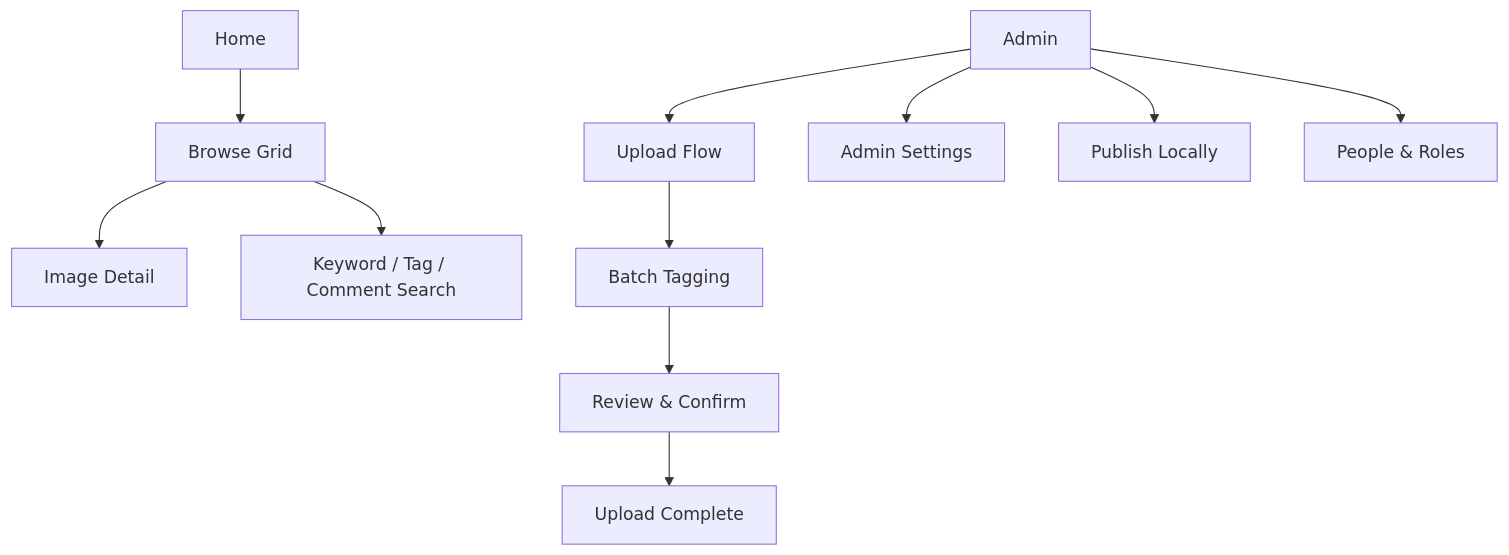
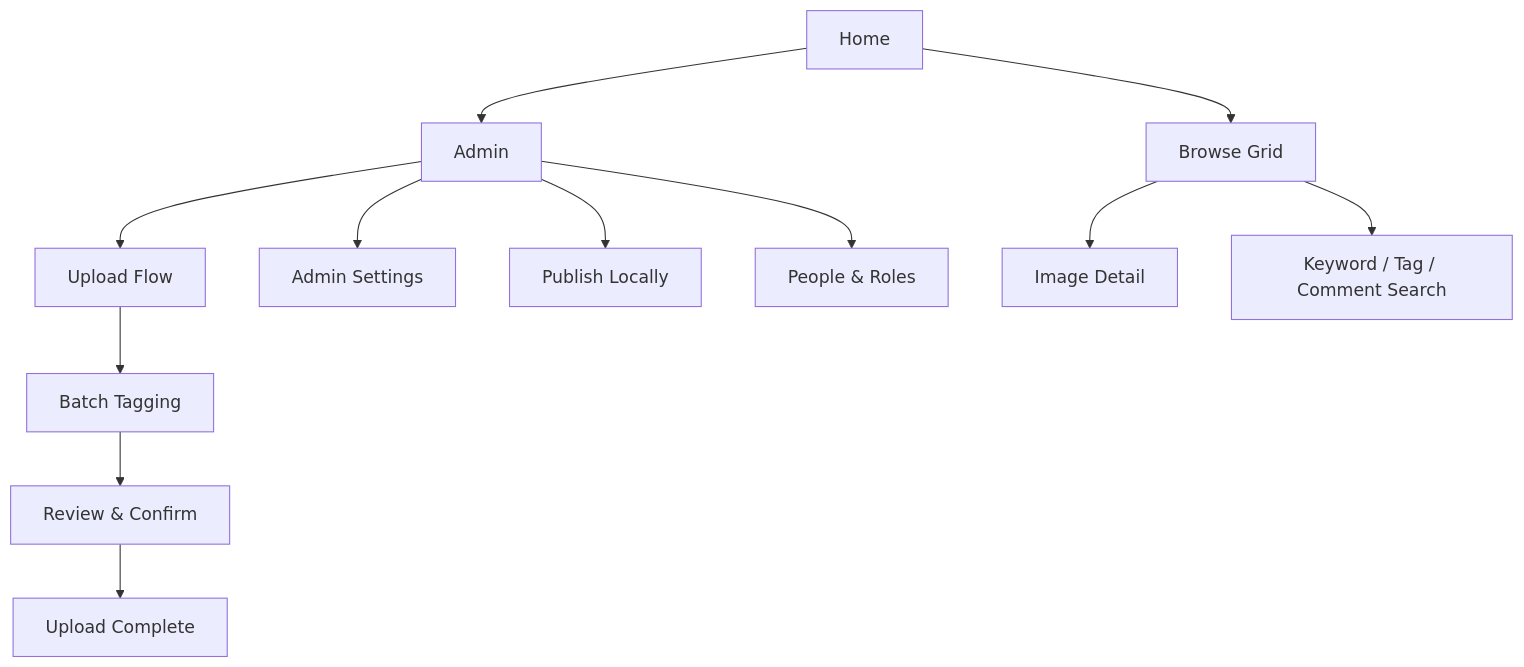
One commit to leahgarrett/image-management-system changed the first of 7 diagrams in docs/ui-flow.md. Above: the diagram before and after it, drawn with Mermaid.

Commit message:
fix: fixes my previous fix

````diff
--- a/docs/ui-flow.md
+++ b/docs/ui-flow.md
@@ -12,15 +12,16 @@
 ```mermaid
 flowchart TD
     Home[Home] --> Browse[Browse Grid]
+    Home --> Admin
     Admin --> Upload[Upload Flow]
     Admin --> Settings[Admin Settings<br/>]
     Admin --> Publish[Publish Locally<br/>]
     Admin --> People[People & Roles<br/>]
 
     Browse --> Detail[Image Detail]
     Browse --> SearchBar[Keyword / Tag / Comment Search]
 
     Upload --> BatchTag[Batch Tagging]
     BatchTag --> ReviewUpload[Review & Confirm]
     ReviewUpload --> DoneUpload[Upload Complete]
 ```
````
